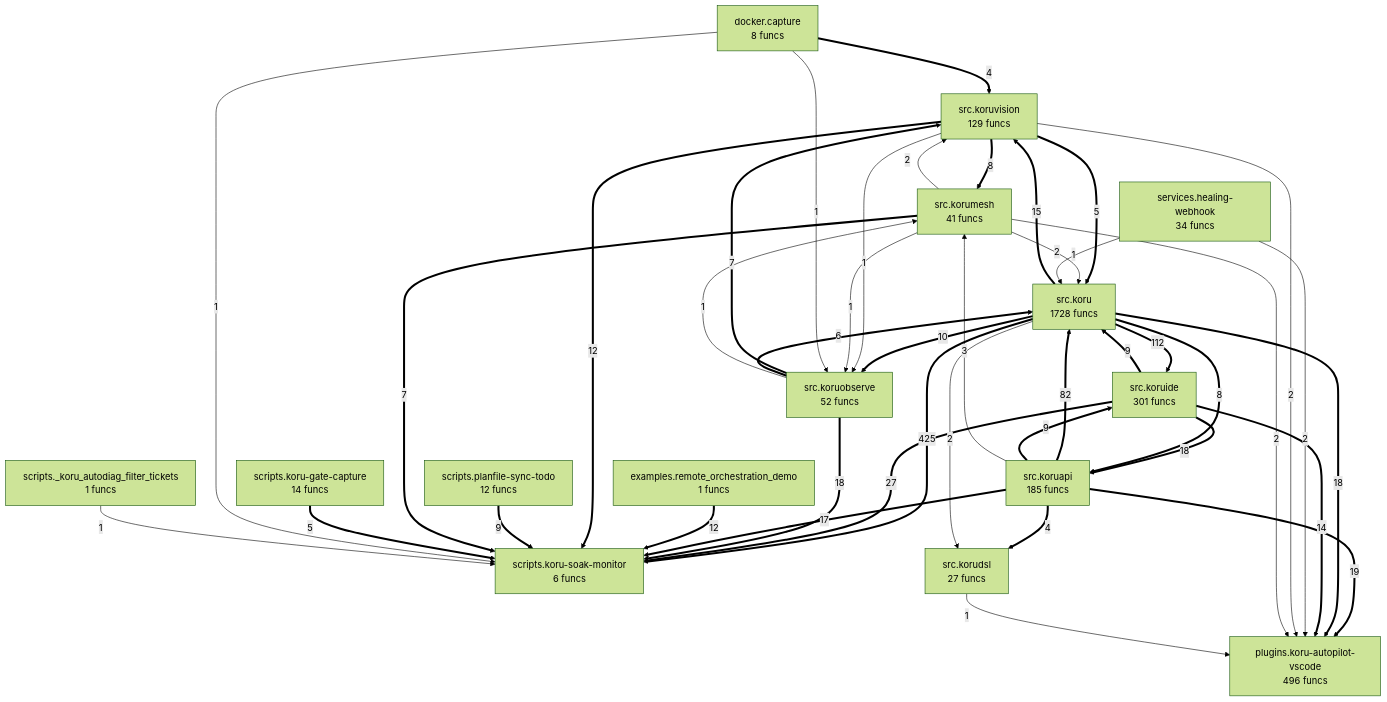
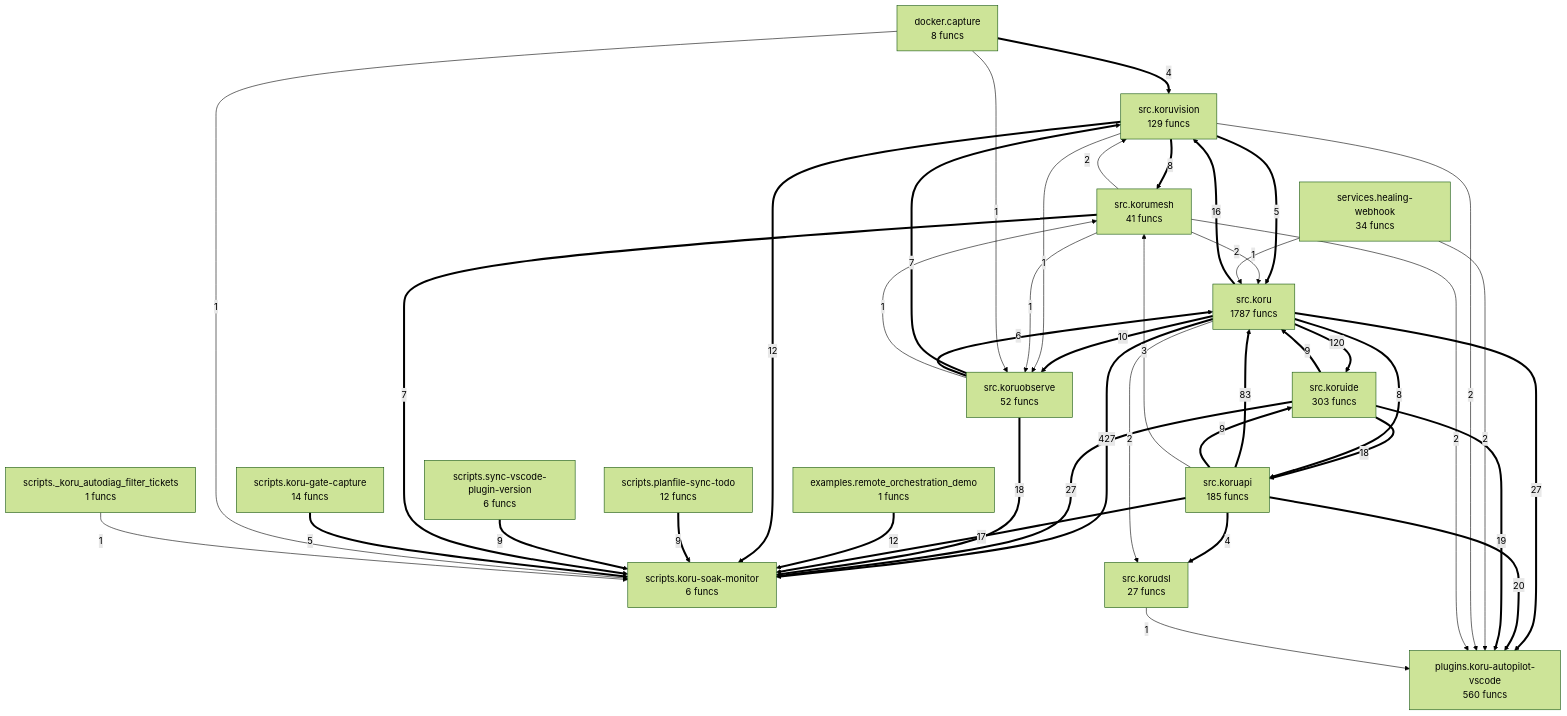
The diagram in project/compact_flow.mmd (semcod/koru), drawn with Mermaid (forest theme) before and after one commit. The commit also changed 102 other files, not shown here.

```diff
--- a/project/compact_flow.mmd
+++ b/project/compact_flow.mmd
@@ -1,58 +1,60 @@
 flowchart TD
-%% generated in 0.10s
+%% generated in 0.11s
     docker__capture["docker.capture<br/>8 funcs"]
     examples__remote_orchestration_demo["examples.remote_orchestration_demo<br/>1 funcs"]
-    plugins__koru_autopilot_vscode["plugins.koru-autopilot-vscode<br/>496 funcs"]
+    plugins__koru_autopilot_vscode["plugins.koru-autopilot-vscode<br/>560 funcs"]
     scripts___koru_autodiag_filter_tickets["scripts._koru_autodiag_filter_tickets<br/>1 funcs"]
     scripts__koru_gate_capture["scripts.koru-gate-capture<br/>14 funcs"]
     scripts__koru_soak_monitor["scripts.koru-soak-monitor<br/>6 funcs"]
     scripts__planfile_sync_todo["scripts.planfile-sync-todo<br/>12 funcs"]
+    scripts__sync_vscode_plugin_version["scripts.sync-vscode-plugin-version<br/>6 funcs"]
     services__healing_webhook["services.healing-webhook<br/>34 funcs"]
-    src__koru["src.koru<br/>1728 funcs"]
+    src__koru["src.koru<br/>1787 funcs"]
     src__koruapi["src.koruapi<br/>185 funcs"]
     src__korudsl["src.korudsl<br/>27 funcs"]
-    src__koruide["src.koruide<br/>301 funcs"]
+    src__koruide["src.koruide<br/>303 funcs"]
     src__korumesh["src.korumesh<br/>41 funcs"]
     src__koruobserve["src.koruobserve<br/>52 funcs"]
     src__koruvision["src.koruvision<br/>129 funcs"]
-    src__koru ==>|425| scripts__koru_soak_monitor
-    src__koru ==>|112| src__koruide
-    src__koruapi ==>|82| src__koru
+    src__koru ==>|427| scripts__koru_soak_monitor
+    src__koru ==>|120| src__koruide
+    src__koruapi ==>|83| src__koru
     src__koruide ==>|27| scripts__koru_soak_monitor
-    src__koruapi ==>|19| plugins__koru_autopilot_vscode
+    src__koru ==>|27| plugins__koru_autopilot_vscode
+    src__koruapi ==>|20| plugins__koru_autopilot_vscode
+    src__koruide ==>|19| plugins__koru_autopilot_vscode
     src__koruobserve ==>|18| scripts__koru_soak_monitor
     src__koruide ==>|18| src__koruapi
-    src__koru ==>|18| plugins__koru_autopilot_vscode
     src__koruapi ==>|17| scripts__koru_soak_monitor
-    src__koru ==>|15| src__koruvision
-    src__koruide ==>|14| plugins__koru_autopilot_vscode
+    src__koru ==>|16| src__koruvision
     examples__remote_orchestration_demo ==>|12| scripts__koru_soak_monitor
     src__koruvision ==>|12| scripts__koru_soak_monitor
     src__koru ==>|10| src__koruobserve
     src__koruapi ==>|9| src__koruide
     src__koruide ==>|9| src__koru
     scripts__planfile_sync_todo ==>|9| scripts__koru_soak_monitor
+    scripts__sync_vscode_plugin_version ==>|9| scripts__koru_soak_monitor
     src__koruvision ==>|8| src__korumesh
     src__koru ==>|8| src__koruapi
     src__koruobserve ==>|7| src__koruvision
     src__korumesh ==>|7| scripts__koru_soak_monitor
     src__koruobserve ==>|6| src__koru
     src__koruvision ==>|5| src__koru
     scripts__koru_gate_capture ==>|5| scripts__koru_soak_monitor
     src__koruapi ==>|4| src__korudsl
     docker__capture ==>|4| src__koruvision
     src__koruapi -->|3| src__korumesh
     services__healing_webhook -->|2| plugins__koru_autopilot_vscode
     src__koruvision -->|2| plugins__koru_autopilot_vscode
     src__korumesh -->|2| src__koru
     src__korumesh -->|2| src__koruvision
     src__korumesh -->|2| plugins__koru_autopilot_vscode
     src__koru -->|2| src__korudsl
     services__healing_webhook -->|1| src__koru
     src__koruobserve -->|1| src__korumesh
     src__korudsl -->|1| plugins__koru_autopilot_vscode
     src__koruvision -->|1| src__koruobserve
     src__korumesh -->|1| src__koruobserve
     docker__capture -->|1| src__koruobserve
     docker__capture -->|1| scripts__koru_soak_monitor
     scripts___koru_autodiag_filter_tickets -->|1| scripts__koru_soak_monitor
```
